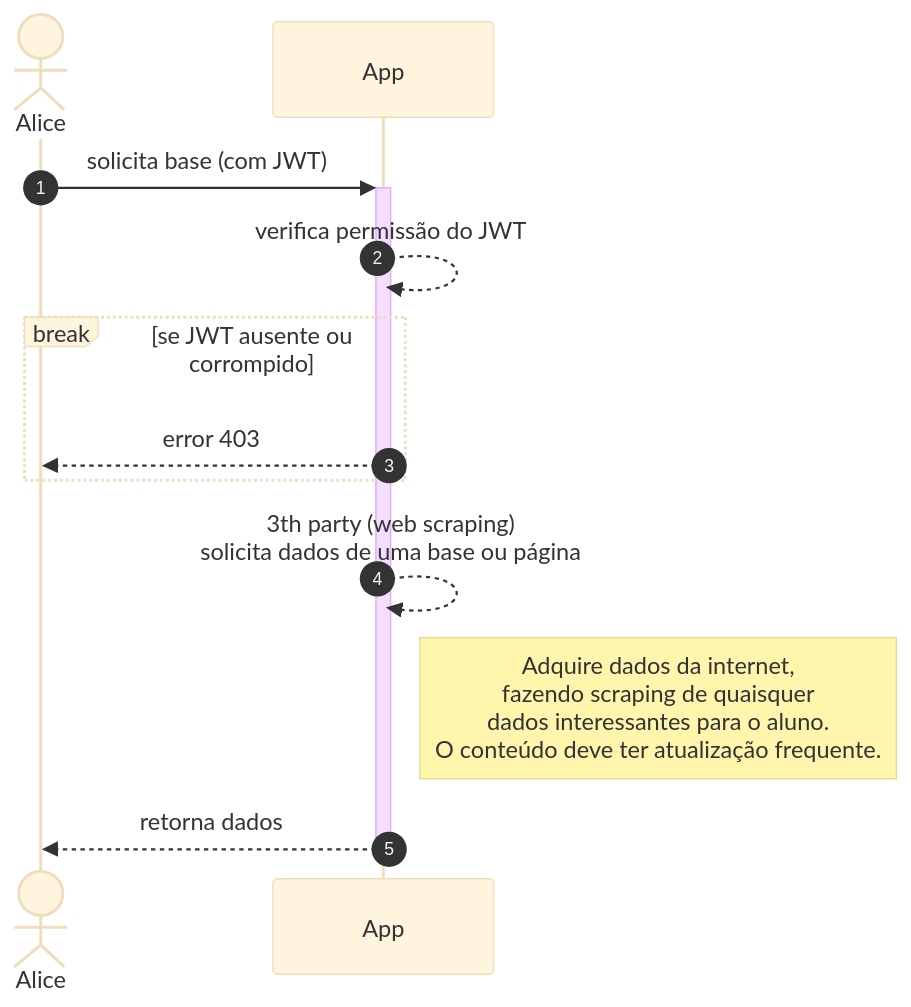
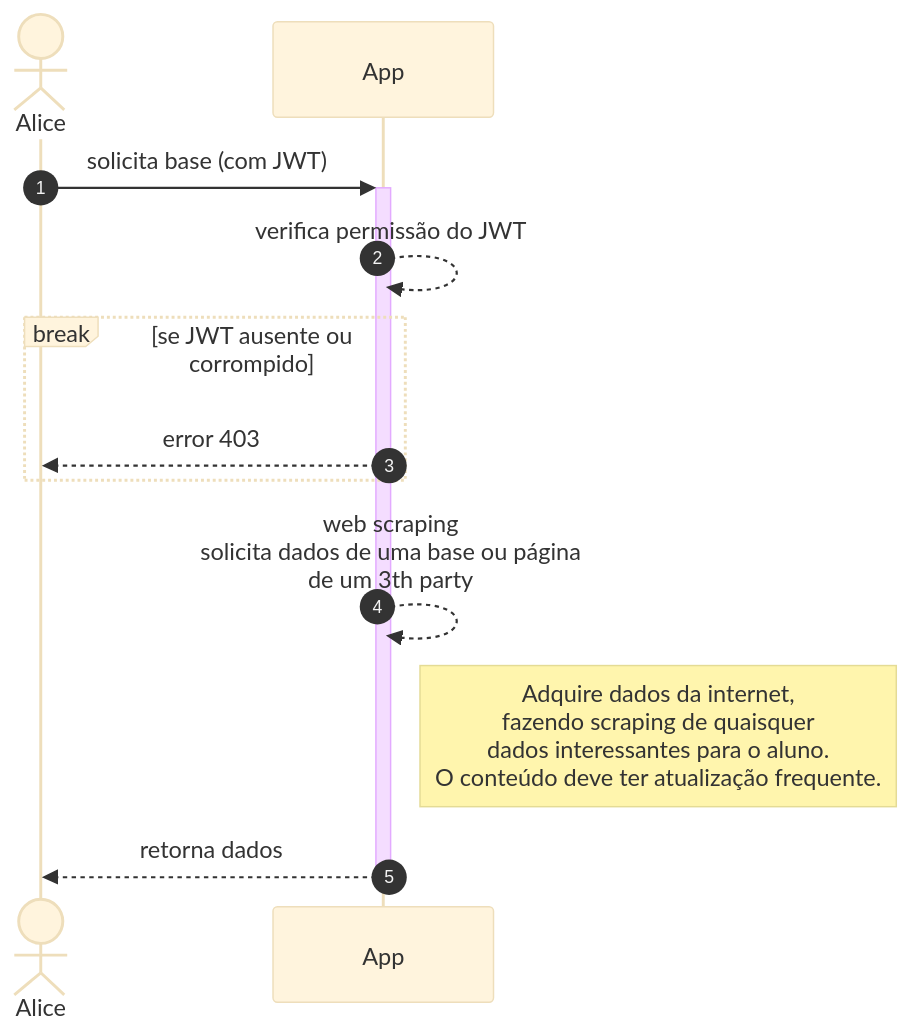
The third of 4 diagrams in README.md (hsandmann/insper.cloud.projeto), drawn with Mermaid (base theme) before and after one commit. The commit also changed other lines of this file, not shown here.

````diff
--- a/README.md
+++ b/README.md
@@ -37,13 +37,13 @@
 ```mermaid
 sequenceDiagram
     autonumber
     actor Alice
     Alice->>+App: solicita base (com JWT)
     App-->>App: verifica permissão do JWT
     break se JWT ausente ou corrompido
         App-->>Alice: error 403
     end
-    App-->>App: 3th party (web scraping)<br>solicita dados de uma base ou página
+    App-->>App: web scraping<br>solicita dados de uma base ou página<br>de um 3th party
     Note right of App: Adquire dados da internet, <br>fazendo scraping de quaisquer<br> dados interessantes para o aluno.<br>O conteúdo deve ter atualização frequente.
     App-->>-Alice: retorna dados
 ```
````
